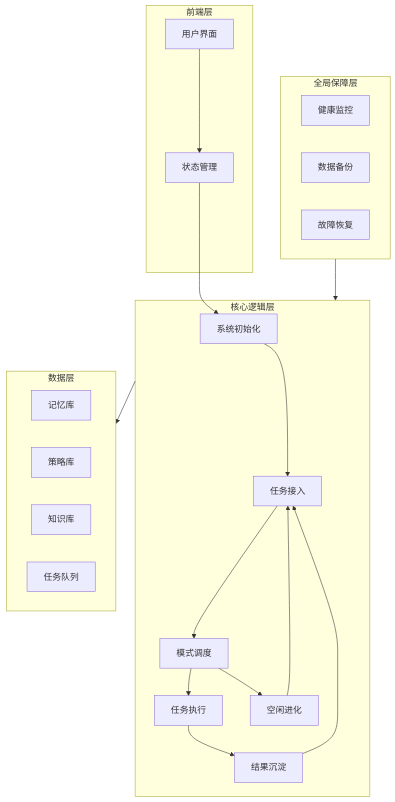
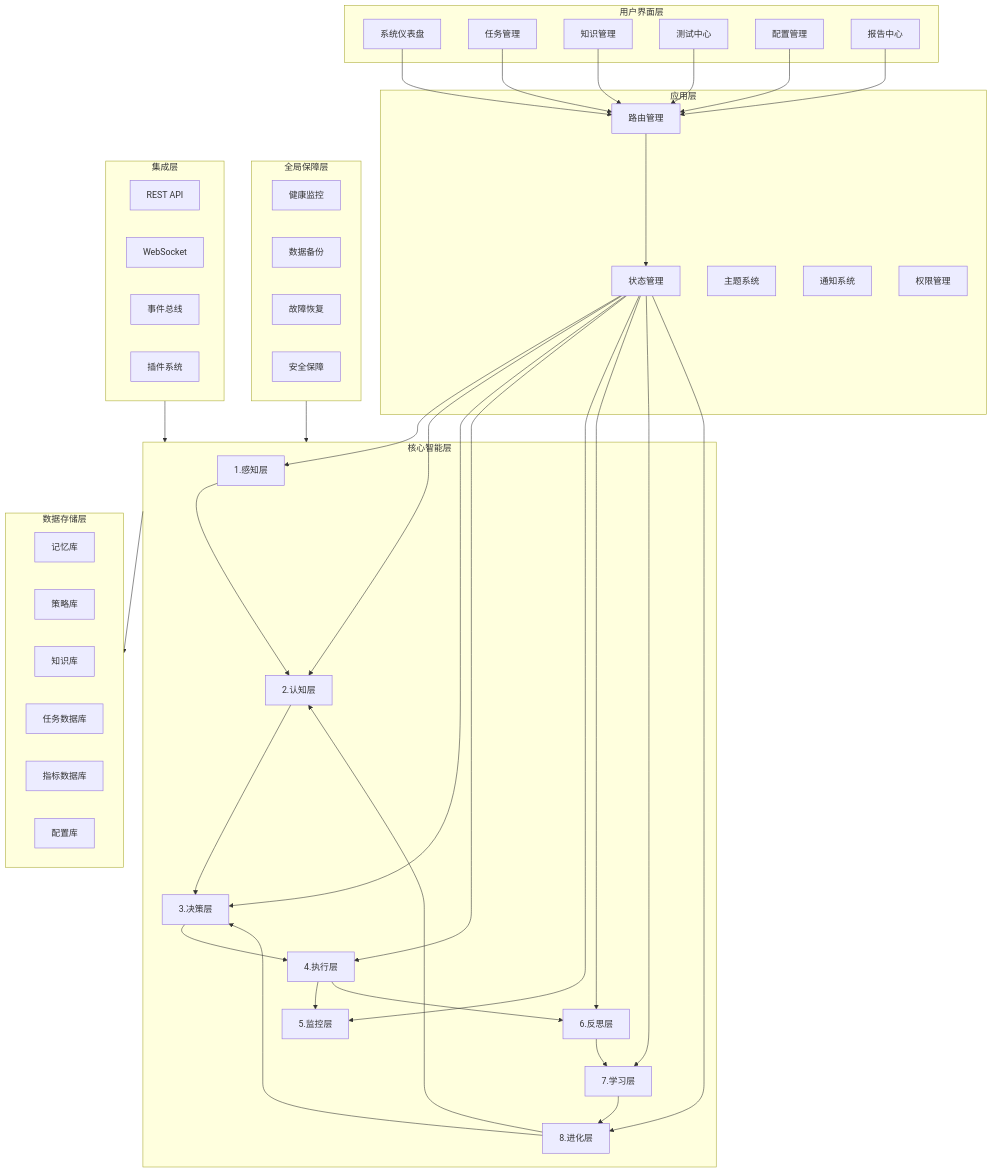
One commit to 17683995446/multi-layer-agent-system changed the first of 2 diagrams in .trae/documents/TechnicalArchitecture.md. Above: the diagram before and after it, drawn with Mermaid. The commit also changed other lines of this file and 47 other files, not shown here.

````diff
--- a/.trae/documents/TechnicalArchitecture.md
+++ b/.trae/documents/TechnicalArchitecture.md
@@ -5,41 +5,84 @@
 ```mermaid
 graph TB
-    subgraph Frontend["前端层"]
-        UI["用户界面"]
-        State["状态管理"]
+    subgraph UI["用户界面层"]
+        Dashboard["系统仪表盘"]
+        TaskManager["任务管理"]
+        KnowledgeMgr["知识管理"]
+        TestCenter["测试中心"]
+        Config["配置管理"]
+        Reports["报告中心"]
     end
 
-    subgraph Core["核心逻辑层"]
-        Init["系统初始化"]
-        Task["任务接入"]
-        Mode["模式调度"]
-        Exec["任务执行"]
-        Result["结果沉淀"]
-        Evolve["空闲进化"]
+    subgraph Application["应用层"]
+        Router["路由管理"]
+        State["状态管理"]
+        Theme["主题系统"]
+        Notification["通知系统"]
+        Auth["权限管理"]
+    end
+
+    subgraph Core["核心智能层"]
+        Perception["1.感知层"]
+        Cognition["2.认知层"]
+        Decision["3.决策层"]
+        Execution["4.执行层"]
+        Monitoring["5.监控层"]
+        Reflection["6.反思层"]
+        Learning["7.学习层"]
+        Evolution["8.进化层"]
     end
 
     subgraph Global["全局保障层"]
         Health["健康监控"]
         Backup["数据备份"]
-        Recover["故障恢复"]
+        Recovery["故障恢复"]
+        Security["安全保障"]
     end
 
-    subgraph Data["数据层"]
+    subgraph Integration["集成层"]
+        API["REST API"]
+        WS["WebSocket"]
+        EventBus["事件总线"]
+        Plugin["插件系统"]
+    end
+
+    subgraph Storage["数据存储层"]
         Memory["记忆库"]
         Strategy["策略库"]
         Knowledge["知识库"]
-        TaskQueue["任务队列"]
+        TaskDB["任务数据库"]
+        MetricsDB["指标数据库"]
+        ConfigDB["配置库"]
     end
 
-    UI --> State
-    State --> Init
-    Init --> Task
-    Task --> Mode
-    Mode --> Exec
-    Exec --> Result
-    Result --> Task
-    Mode --> Evolve
-    Evolve --> Task
+    Dashboard --> Router
+    TaskManager --> Router
+    KnowledgeMgr --> Router
+    TestCenter --> Router
+    Config --> Router
+    Reports --> Router
+
+    Router --> State
+    State --> Perception
+    State --> Cognition
+    State --> Decision
+    State --> Execution
+    State --> Monitoring
+    State --> Reflection
+    State --> Learning
+    State --> Evolution
+
+    Perception --> Cognition
+    Cognition --> Decision
+    Decision --> Execution
+    Execution --> Monitoring
+    Execution --> Reflection
+    Reflection --> Learning
+    Learning --> Evolution
+    Evolution --> Cognition
+    Evolution --> Decision
+
     Global --> Core
-    Core --> Data
+    Integration --> Core
+    Core --> Storage
 ```
````
